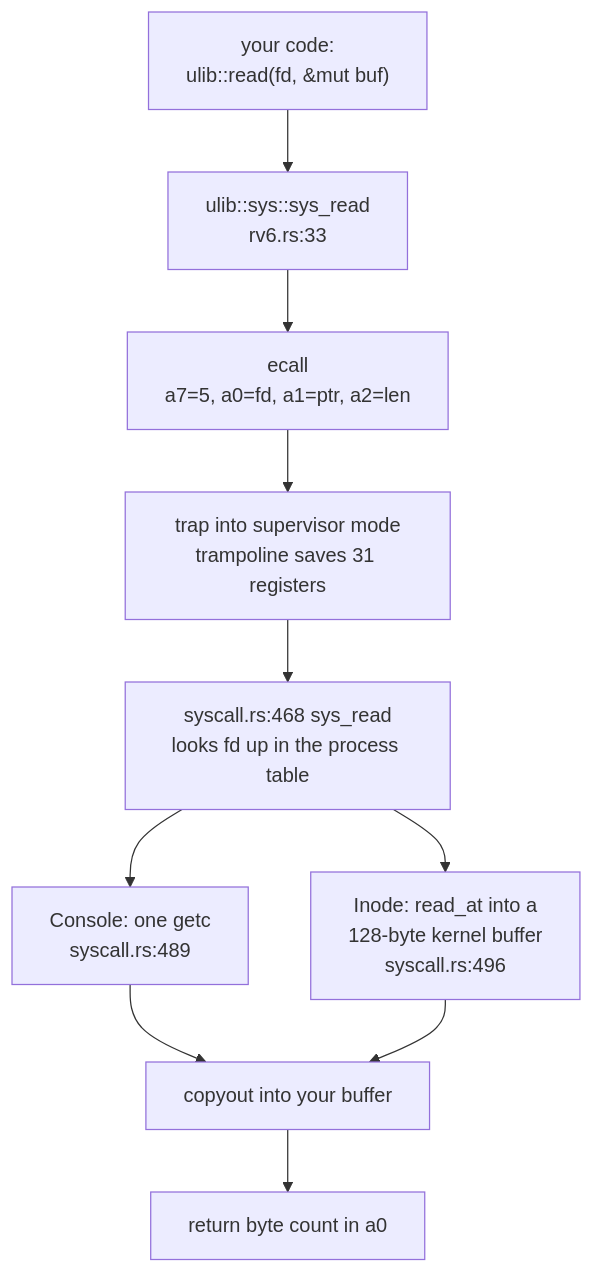
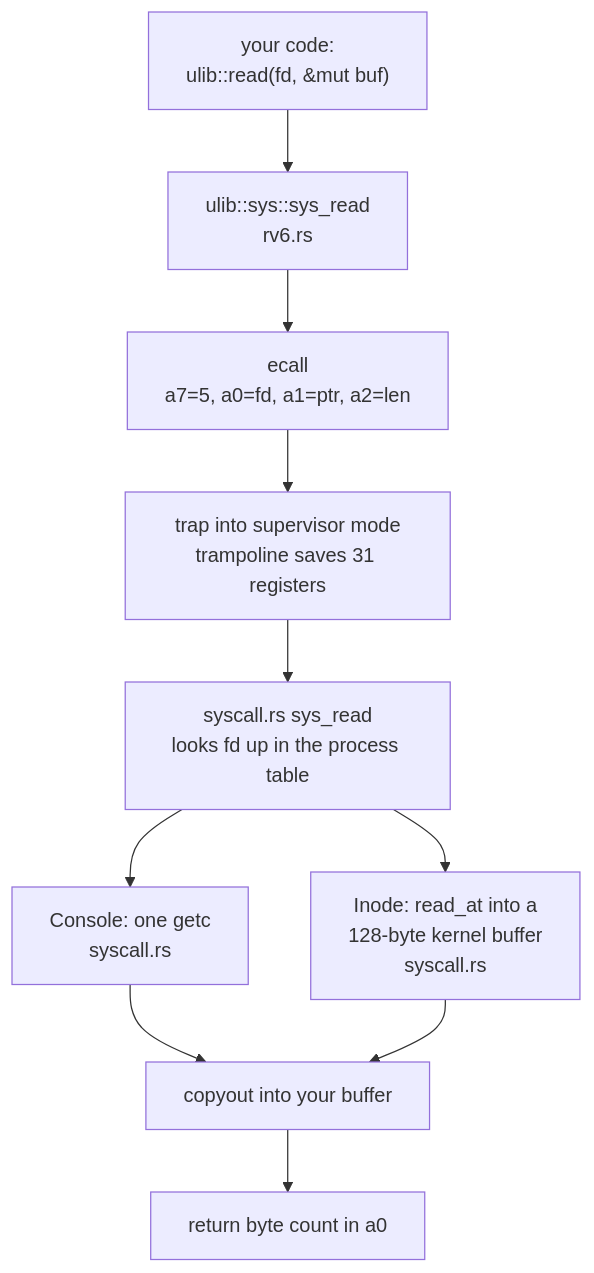
The first of 2 diagrams in docs/lectures/04-cs326-2026-09-15-buffers-bytes-and-line-oriented-io.md (USF-CS326-F26/USF-CS326-F26.github.io), drawn with Mermaid before and after one commit. The commit also changed other lines of this file and 66 other files, not shown here.

````diff
--- a/docs/lectures/04-cs326-2026-09-15-buffers-bytes-and-line-oriented-io.md
+++ b/docs/lectures/04-cs326-2026-09-15-buffers-bytes-and-line-oriented-io.md
@@ -45,12 +45,12 @@
 ```mermaid
 flowchart TD
-    A["your code:\nulib::read(fd, &amp;mut buf)"] --> B["ulib::sys::sys_read\nrv6.rs:33"]
+    A["your code:\nulib::read(fd, &amp;mut buf)"] --> B["ulib::sys::sys_read\nrv6.rs"]
     B --> C["ecall\na7=5, a0=fd, a1=ptr, a2=len"]
     C --> D["trap into supervisor mode\ntrampoline saves 31 registers"]
-    D --> E["syscall.rs:468 sys_read\nlooks fd up in the process table"]
-    E --> F["Console: one getc\nsyscall.rs:489"]
-    E --> G["Inode: read_at into a\n128-byte kernel buffer\nsyscall.rs:496"]
+    D --> E["syscall.rs sys_read\nlooks fd up in the process table"]
+    E --> F["Console: one getc\nsyscall.rs"]
+    E --> G["Inode: read_at into a\n128-byte kernel buffer\nsyscall.rs"]
     F --> H["copyout into your buffer"]
     G --> H
     H --> I["return byte count in a0"]
 ```
````
